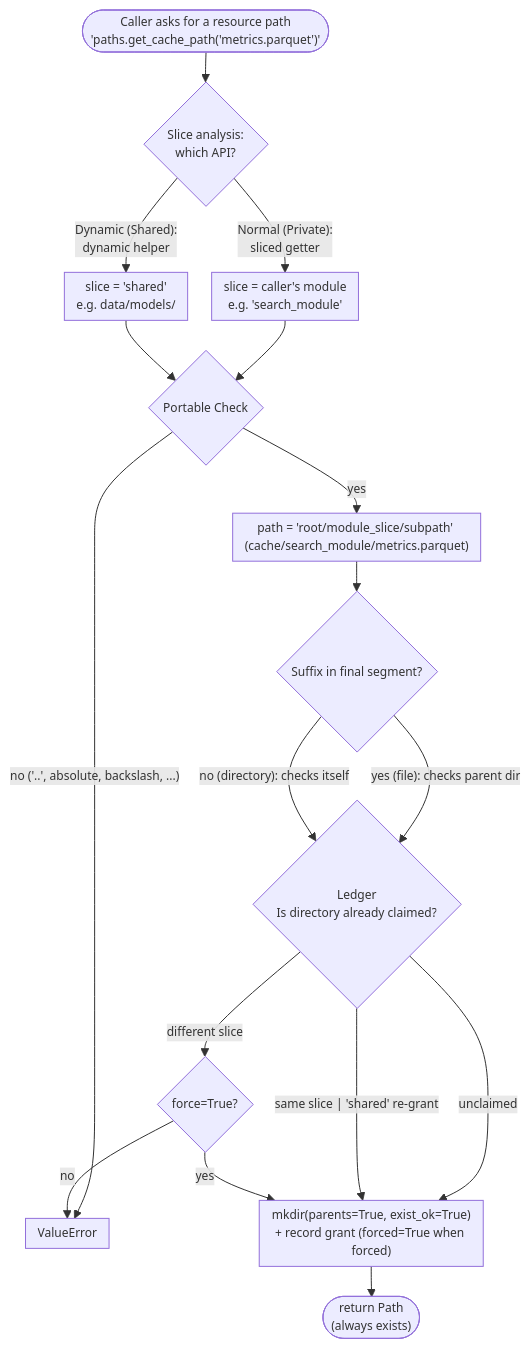
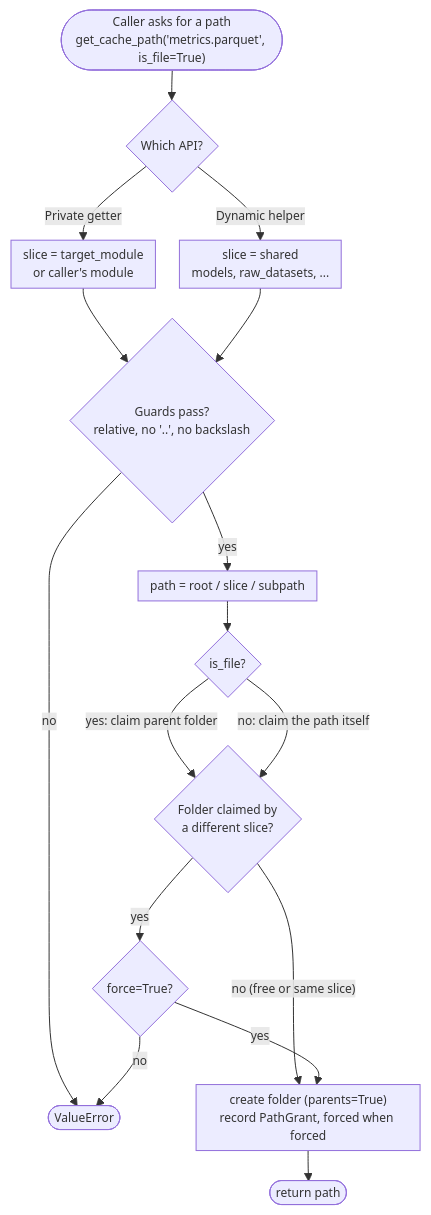
The diagram in docs/UPS.md (igor-sosnowicz/contradictor), drawn with Mermaid before and after one commit. The commit also changed other lines of this file, not shown here.

````diff
--- a/docs/UPS.md
+++ b/docs/UPS.md
@@ -39,26 +180,26 @@
 ```mermaid
 %%{init: { "theme": "default", "themeVariables": { "fontSize": "12px" }, "flowchart": { "nodeSpacing": 24, "rankSpacing": 30, "padding": 6 } }}%%
 flowchart TD
-    START(["Caller asks for a resource path<br/>'paths.get_cache_path('metrics.parquet')'"]) --> SA{"Slice analysis:<br/>which API?"}
+    START(["Caller asks for a path<br/>get_cache_path('metrics.parquet', is_file=True)"]) --> API{"Which API?"}
 
-    SA -- "Normal (Private):<br/>sliced getter" --> PRIV["slice = caller's module<br/>e.g. 'search_module'"]
-    SA -- "Dynamic (Shared):<br/>dynamic helper" --> SHR["slice = 'shared'<br/>e.g. data/models/"]
+    API -- "Private getter" --> PRIV["slice = target_module<br/>or caller's module"]
+    API -- "Dynamic helper" --> SHR["slice = shared<br/>models, raw_datasets, ..."]
 
-    PRIV --> GUARD{"Portable Check"}
+    PRIV --> GUARD{"Guards pass?<br/>relative, no '..', no backslash"}
     SHR --> GUARD
-    GUARD -- "no ('..', absolute, backslash, ...)" --> ERR["ValueError"]
-    GUARD -- yes --> SHAPE["path = 'root/module_slice/subpath' (cache/search_module/metrics.parquet)"]
+    GUARD -- no --> ERR(["ValueError"])
+    GUARD -- yes --> SHAPE["path = root / slice / subpath"]
 
-    SHAPE --> SUFFIX{"Suffix in final segment?"}
-    SUFFIX -- "yes (file): checks parent dir" --> CLAIM
-    SUFFIX -- "no (directory): checks itself" --> CLAIM
+    SHAPE --> KIND{"is_file?"}
+    KIND -- "yes: claim parent folder" --> CLAIM
+    KIND -- "no: claim the path itself" --> CLAIM
 
-    CLAIM{"Ledger <br> Is directory already claimed?"}
-    CLAIM -- unclaimed --> GRANT
-    CLAIM -- "same slice | 'shared' re-grant" --> GRANT
-    CLAIM -- "different slice" --> FORCE{"force=True?"}
+    CLAIM{"Folder claimed by<br/>a different slice?"}
+    CLAIM -- "no (free or same slice)" --> GRANT
+    CLAIM -- yes --> FORCE{"force=True?"}
     FORCE -- no --> ERR
-    FORCE -- yes --> GRANT["mkdir(parents=True, exist_ok=True)<br/>+ record grant (forced=True when forced)"]
+    FORCE -- yes --> GRANT
 
-    GRANT --> RET(["return Path<br>(always exists)"])
+    GRANT["create folder (parents=True)<br/>record PathGrant, forced when forced"]
+    GRANT --> RET(["return path"])
 ```
````
